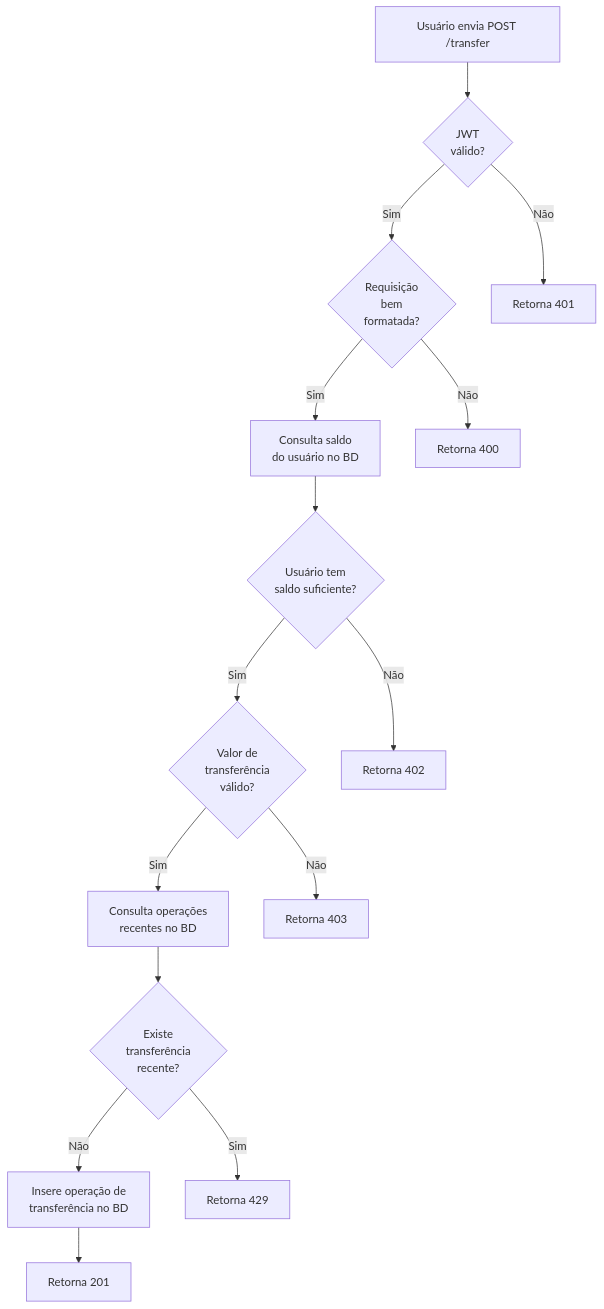
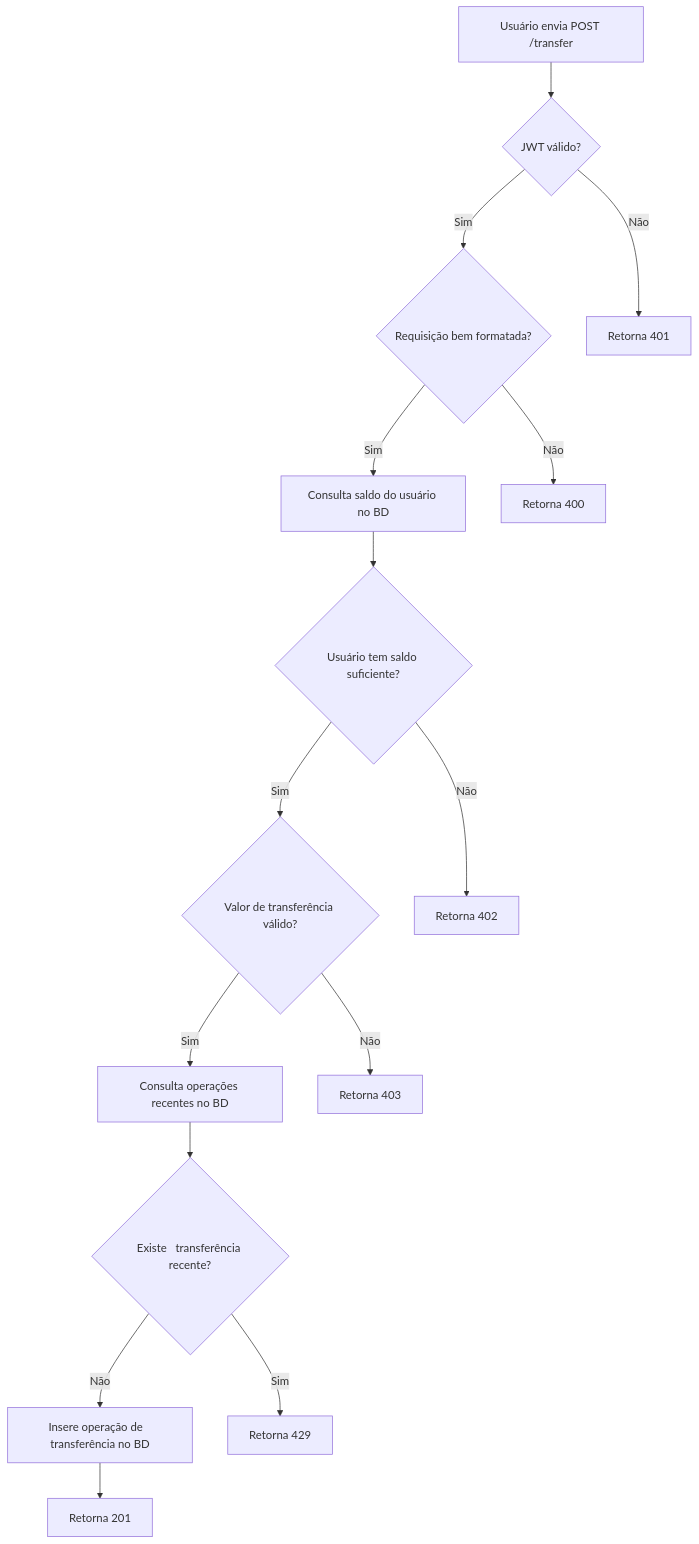
One commit to feira-de-jogos/feira-de-jogos changed the seventh of 10 diagrams in v2/README.md. Above: the diagram before and after it, drawn with Mermaid. The commit also changed other lines of this file, not shown here.

````diff
--- a/v2/README.md
+++ b/v2/README.md
@@ -210,33 +210,33 @@
 ```mermaid
 flowchart TD
   A[Usuário envia POST /transfer]
   B
   C
   D[Retorna 401]
-  E[Consulta saldo\ndo usuário no BD]
+  E[Consulta saldo do usuário no BD]
   F
-  G[Consulta operações\nrecentes no BD]
+  G[Consulta operações recentes no BD]
   H[Retorna 403]
   I
   J[Retorna 429]
-  K[Insere operação de\n  transferência no BD]
+  K[Insere operação de   transferência no BD]
   L[Retorna 201]
   M[Retorna 400]
   N[Retorna 402]
   O[Retorna 429]
 
-  A --> B{JWT\nválido?}
-  B -->|Sim| C{Requisição\nbem\nformatada?}
+  A --> B{JWT válido?}
+  B -->|Sim| C{Requisição bem formatada?}
   B -->|Não| D
   C --> |Sim| E
   C --> |Não| M
-  E --> F{Usuário tem\nsaldo suficiente?}
-  F --> |Sim| I{Valor de\ntransferência\nválido?}
+  E --> F{Usuário tem saldo suficiente?}
+  F --> |Sim| I{Valor de transferência válido?}
   F --> |Não| N
   I --> |Sim| G
   I --> |Não| H
-  G --> J{Existe\n  transferência\nrecente?}
+  G --> J{Existe   transferência recente?}
   J --> |Sim| O
   J --> |Não| K
   K --> L
 ```
````
